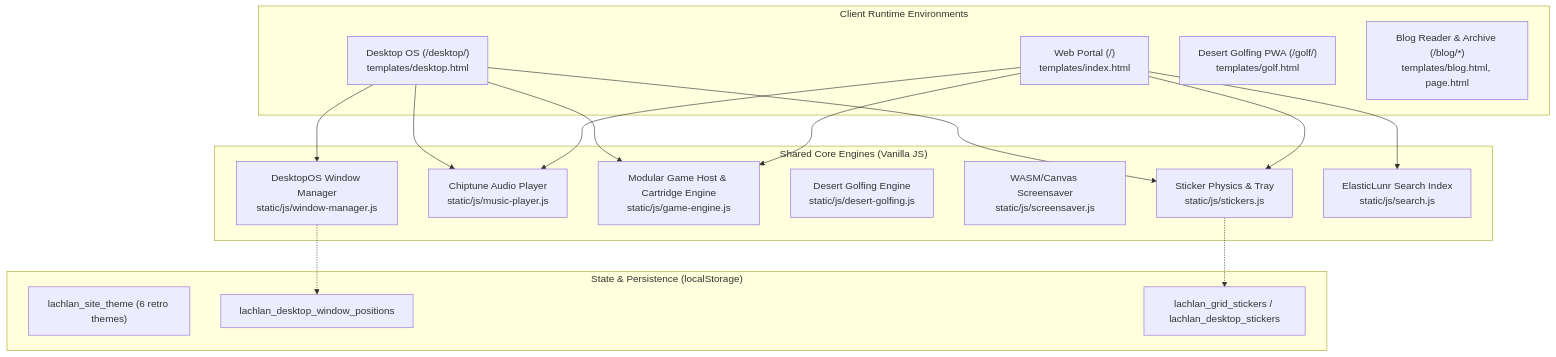
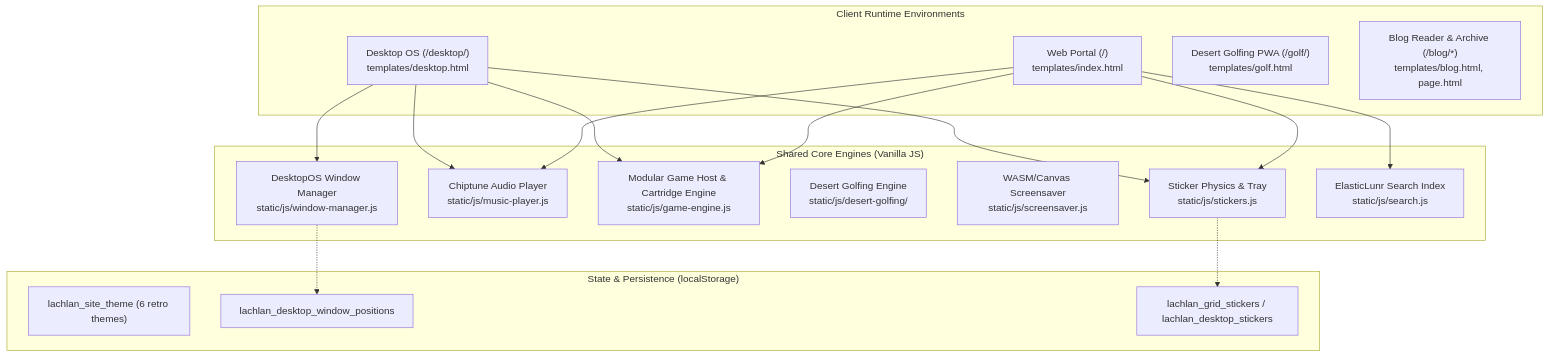
One commit to spatoa/website changed the first of 2 diagrams in ARCHITECTURE.md. Above: the diagram before and after it, drawn with Mermaid. The commit also changed other lines of this file and 9 other files, not shown here.

Commit message:
refactor: load desert golfing engine modules directly instead of using a built bundle

````diff
--- a/ARCHITECTURE.md
+++ b/ARCHITECTURE.md
@@ -17,38 +17,38 @@
 ```mermaid
 graph TD
     subgraph Client_Environments["Client Runtime Environments"]
         Portal["Web Portal (/)\ntemplates/index.html"]
         Desktop["Desktop OS (/desktop/)\ntemplates/desktop.html"]
         GolfApp["Desert Golfing PWA (/golf/)\ntemplates/golf.html"]
         BlogContent["Blog Reader & Archive (/blog/*)\ntemplates/blog.html, page.html"]
     end
 
     subgraph Core_Engines["Shared Core Engines (Vanilla JS)"]
         WM["DesktopOS Window Manager\nstatic/js/window-manager.js"]
         Audio["Chiptune Audio Player\nstatic/js/music-player.js"]
         Canvas["Modular Game Host & Cartridge Engine\nstatic/js/game-engine.js"]
-        Golf["Desert Golfing Engine\nstatic/js/desert-golfing.js"]
+        Golf["Desert Golfing Engine\nstatic/js/desert-golfing/"]
         Screensaver["WASM/Canvas Screensaver\nstatic/js/screensaver.js"]
         Stickers["Sticker Physics & Tray\nstatic/js/stickers.js"]
         Search["ElasticLunr Search Index\nstatic/js/search.js"]
     end
 
     subgraph State_Contracts["State & Persistence (localStorage)"]
         SiteTheme["lachlan_site_theme (6 retro themes)"]
         WindowPositions["lachlan_desktop_window_positions"]
         StickerState["lachlan_grid_stickers / lachlan_desktop_stickers"]
     end
 
     Portal --> Audio
     Portal --> Canvas
     Portal --> Stickers
     Portal --> Search
 
     Desktop --> WM
     Desktop --> Audio
     Desktop --> Canvas
     Desktop --> Stickers
 
     WM -.-> WindowPositions
     Stickers -.-> StickerState
 ```
````
